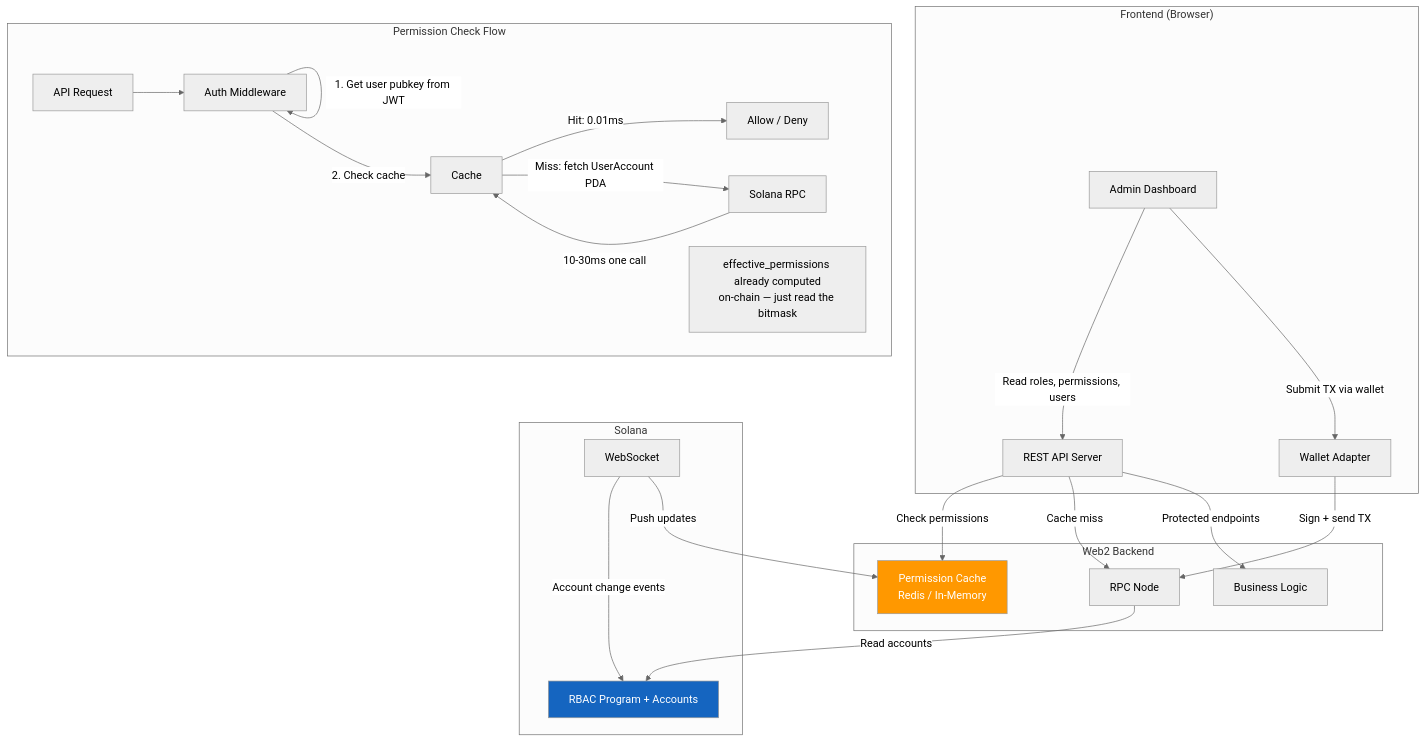
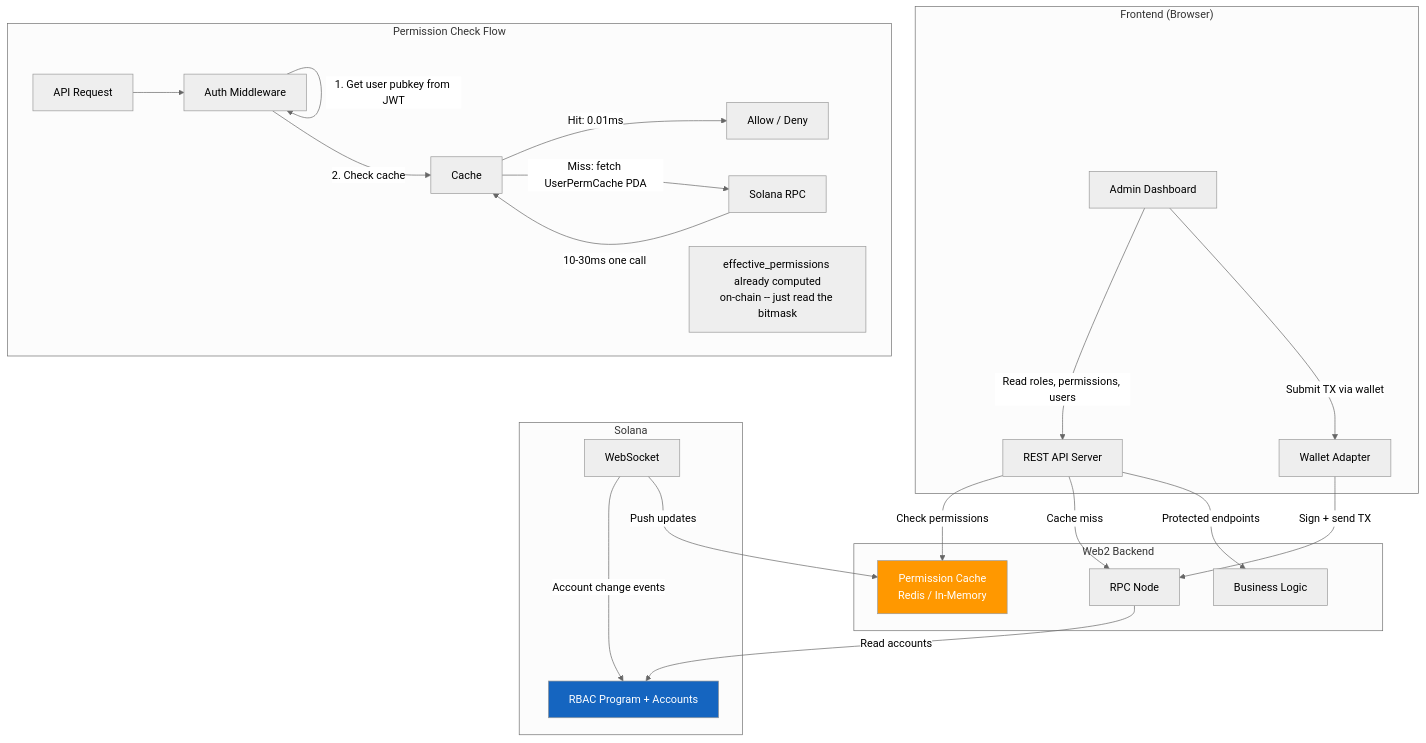
Before and after one commit to Vadimus1983/Solana-rbac: diagram 20 of 25 in docs/architecture.md, drawn with Mermaid (neutral theme). The commit also changed other lines of this file and 1 other file, not shown here.

````diff
--- a/docs/architecture.md
+++ b/docs/architecture.md
@@ -830,40 +872,40 @@
 ```mermaid
 graph TB
     subgraph "Frontend (Browser)"
         UI[Admin Dashboard]
         UI -->|Read roles, permissions, users| API
         UI -->|Submit TX via wallet| Wallet[Wallet Adapter]
     end
 
     subgraph "Web2 Backend"
         API[REST API Server]
         API -->|Check permissions| Cache[Permission Cache<br/>Redis / In-Memory]
         API -->|Cache miss| RPC
         API -->|Protected endpoints| BizLogic[Business Logic]
     end
 
     subgraph "Solana"
         RPC[RPC Node]
         WS[WebSocket]
         BC[RBAC Program + Accounts]
         RPC -->|Read accounts| BC
         WS -->|Account change events| BC
     end
 
     Wallet -->|Sign + send TX| RPC
     WS -->|Push updates| Cache
 
     subgraph "Permission Check Flow"
         direction LR
         Req[API Request] --> MW[Auth Middleware]
         MW -->|1. Get user pubkey from JWT| MW
         MW -->|2. Check cache| Cache2[Cache]
         Cache2 -->|Hit: 0.01ms| Allow[Allow / Deny]
-        Cache2 -->|Miss: fetch UserAccount PDA| RPC2[Solana RPC]
+        Cache2 -->|Miss: fetch UserPermCache PDA| RPC2[Solana RPC]
         RPC2 -->|10-30ms one call| Cache2
-        Note2[effective_permissions already computed<br/>on-chain — just read the bitmask]
+        Note2[effective_permissions already computed<br/>on-chain -- just read the bitmask]
     end
 
     style Cache fill:#FF9800,color:#fff
     style BC fill:#1565C0,color:#fff
 ```
````
